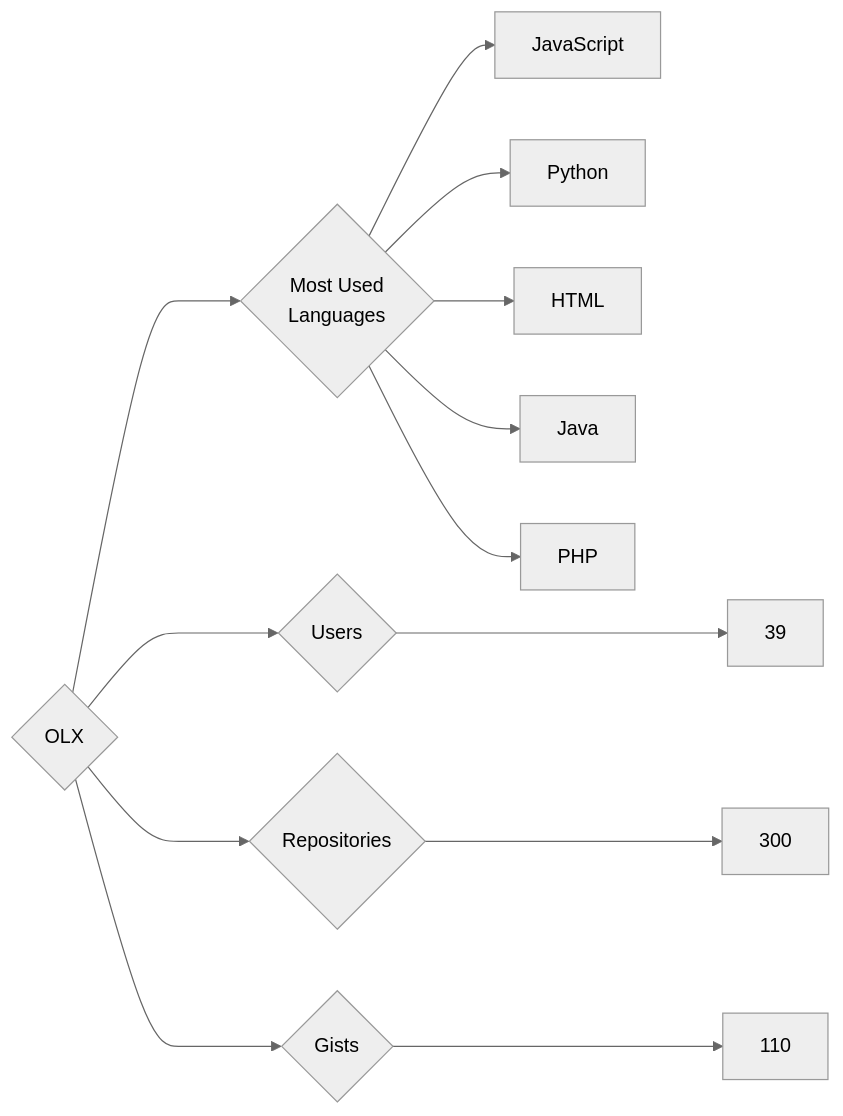
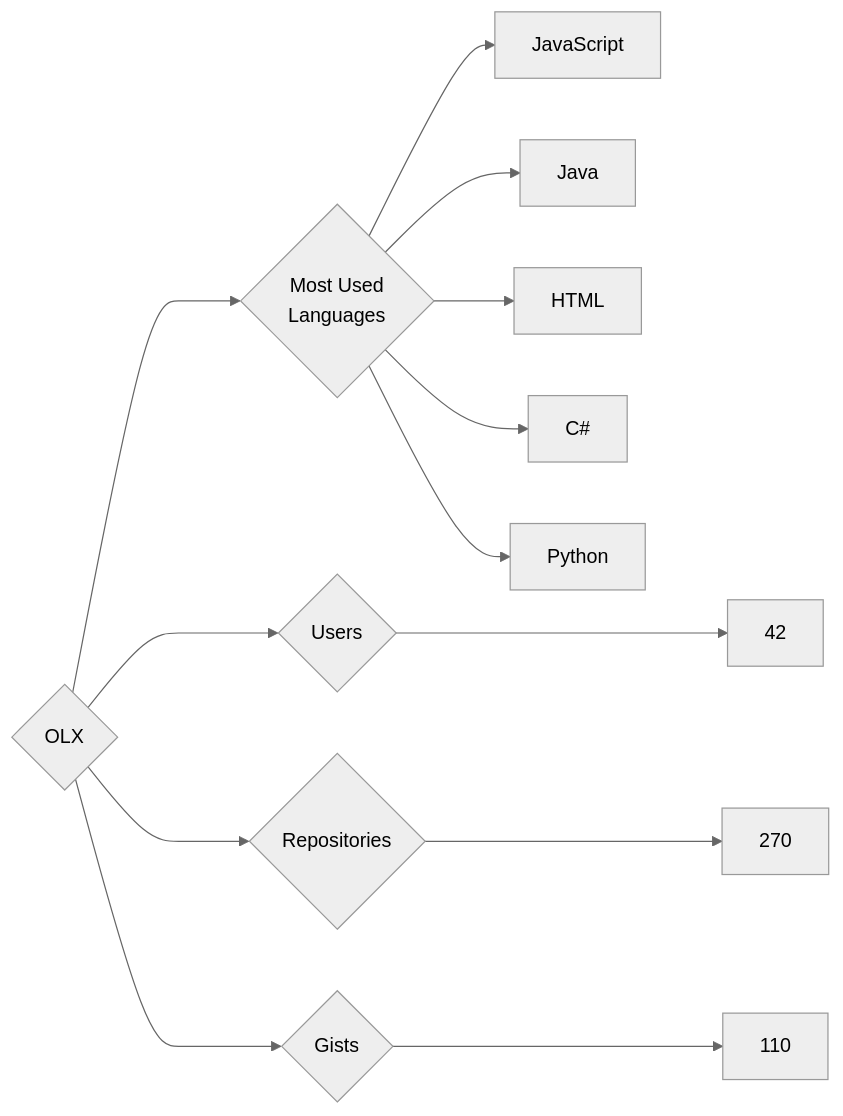
One commit to trickest/insiders changed the diagram in targets/OLX/README.md. Above: the diagram before and after it, drawn with Mermaid (neutral theme). The commit also changed 681 other files, not shown here.

````diff
--- a/targets/OLX/README.md
+++ b/targets/OLX/README.md
@@ -3,13 +3,13 @@
 ```mermaid
 graph LR
 COMPANY_NAME{OLX}
-COMPANY_NAME ---> U{Users} ---> UN[39]
-COMPANY_NAME ---> R{Repositories} ---> RN[300]
+COMPANY_NAME ---> U{Users} ---> UN[42]
+COMPANY_NAME ---> R{Repositories} ---> RN[270]
 COMPANY_NAME ---> G{Gists} ---> GN[110]
 COMPANY_NAME ---> ML{Most Used<br>Languages}
 ML --> JavaScript[JavaScript]
+ML --> Java[Java]
+ML --> HTML[HTML]
+ML --> C#[C#]
 ML --> Python[Python]
-ML --> HTML[HTML]
-ML --> Java[Java]
-ML --> PHP[PHP]
 ```
````
